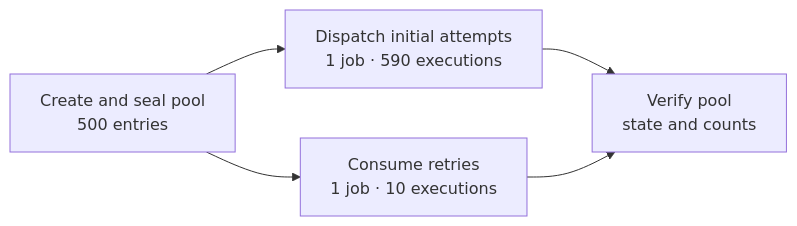
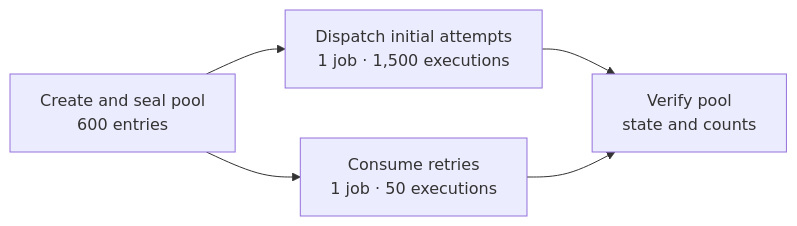
One commit to catkins/test-scheduler-bazel-demo changed the first of 2 diagrams in README.md. Above: the diagram before and after it, drawn with Mermaid. The commit also changed other lines of this file and 6 other files, not shown here.

````diff
--- a/README.md
+++ b/README.md
@@ -133,12 +133,12 @@
 ```mermaid
 flowchart LR
-    populate["Create and seal pool<br/>500 entries"]
-    initial["Dispatch initial attempts<br/>1 job · 590 executions"]
-    retry["Consume retries<br/>1 job · 10 executions"]
+    populate["Create and seal pool<br/>600 entries"]
+    initial["Dispatch initial attempts<br/>1 job · 1,500 executions"]
+    retry["Consume retries<br/>1 job · 50 executions"]
     verify["Verify pool<br/>state and counts"]
 
     populate --> initial
     populate --> retry
     initial --> verify
     retry --> verify
 ```
````
